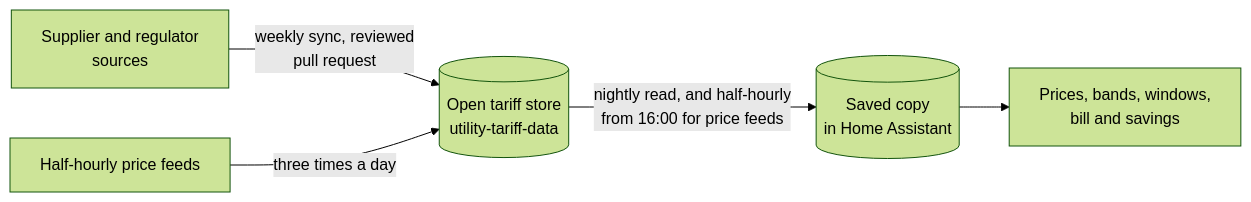
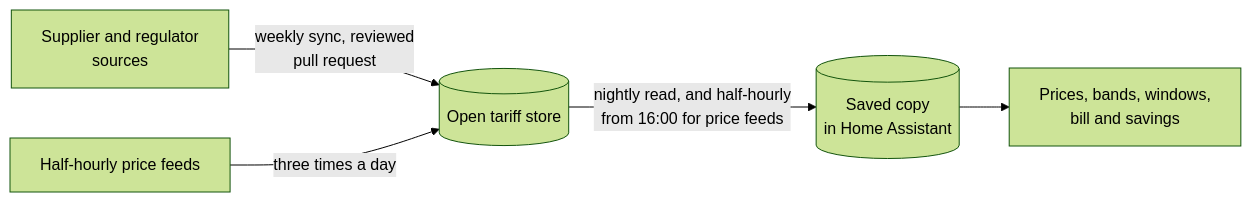
One commit to macuistin/ha-utility-tariffs changed the diagram in docs/tariff-store.md. Above: the diagram before and after it, drawn with Mermaid (forest theme). The commit also changed other lines of this file and 3 other files, not shown here.

````diff
--- a/docs/tariff-store.md
+++ b/docs/tariff-store.md
@@ -10,7 +9,7 @@
 ```mermaid
 flowchart LR
-    S[Supplier and regulator<br/>sources] -->|weekly sync, reviewed<br/>pull request| ST[(Open tariff store<br/>utility-tariff-data)]
+    S[Supplier and regulator<br/>sources] -->|weekly sync, reviewed<br/>pull request| ST[(Open tariff store)]
     P[Half-hourly price feeds] -->|three times a day| ST
     ST -->|nightly read, and half-hourly<br/>from 16:00 for price feeds| C[(Saved copy<br/>in Home Assistant)]
     C --> E[Prices, bands, windows,<br/>bill and savings]
 ```
````
